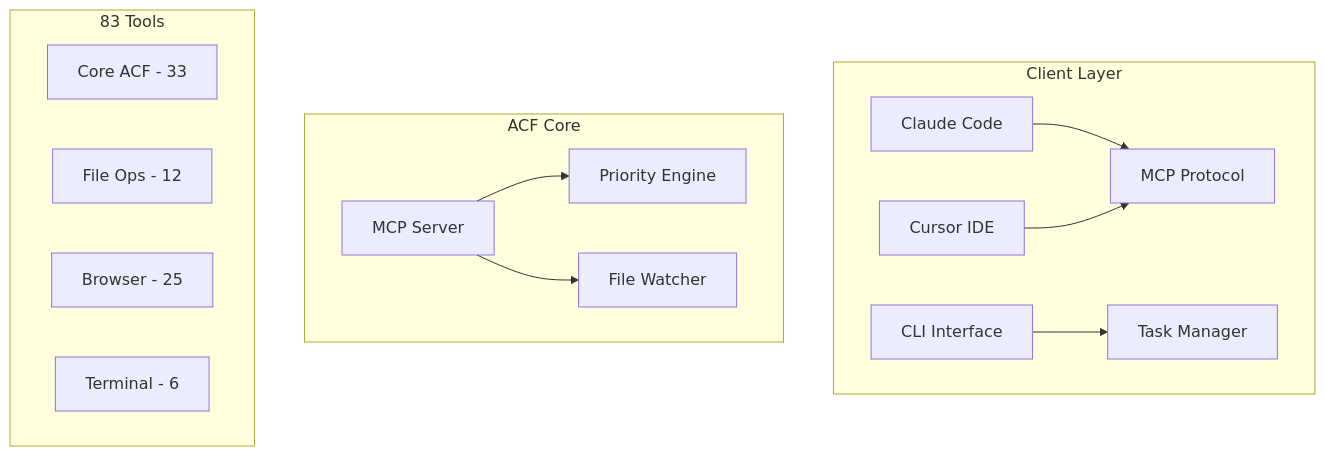
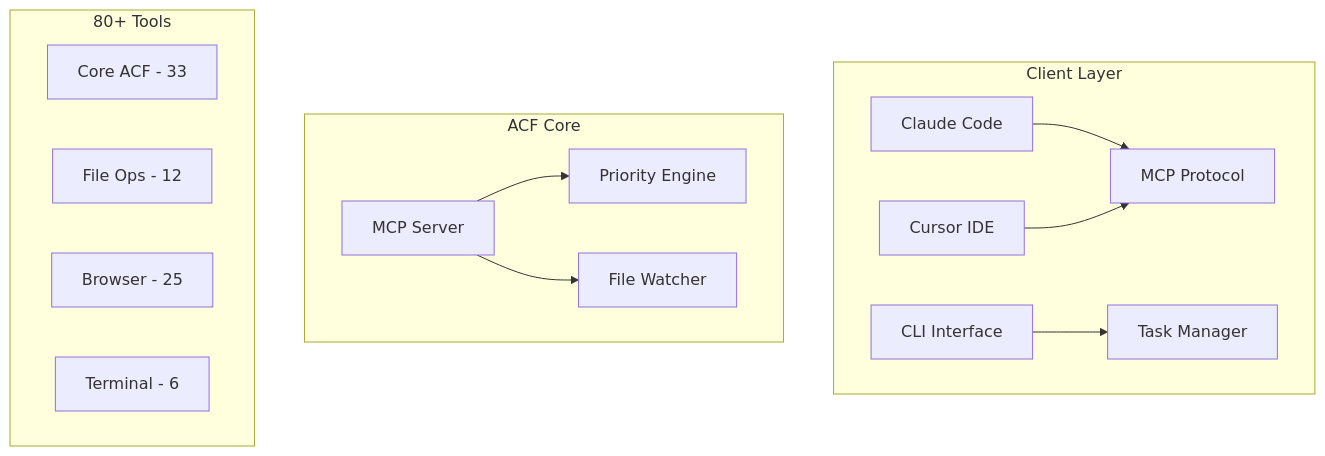
Before and after one commit to FutureAtoms/agentic-control-framework: the diagram in PR_DESCRIPTION.md, drawn with Mermaid. The commit also changed other lines of this file and 21 other files, not shown here.

````diff
--- a/PR_DESCRIPTION.md
+++ b/PR_DESCRIPTION.md
@@ -19,20 +19,20 @@
 ```mermaid
 graph TB
     subgraph "Client Layer"
         CC[Claude Code] --> MCP[MCP Protocol]
         CU[Cursor IDE] --> MCP
         CLI[CLI Interface] --> TM[Task Manager]
     end
     
     subgraph "ACF Core"
         MS[MCP Server] --> PE[Priority Engine]
         MS --> FW[File Watcher]
     end
     
-    subgraph "83 Tools"
+    subgraph "80+ Tools"
         CT[Core ACF - 33]
         FT[File Ops - 12]
         BT[Browser - 25]
         TT[Terminal - 6]
     end
 ```
````
